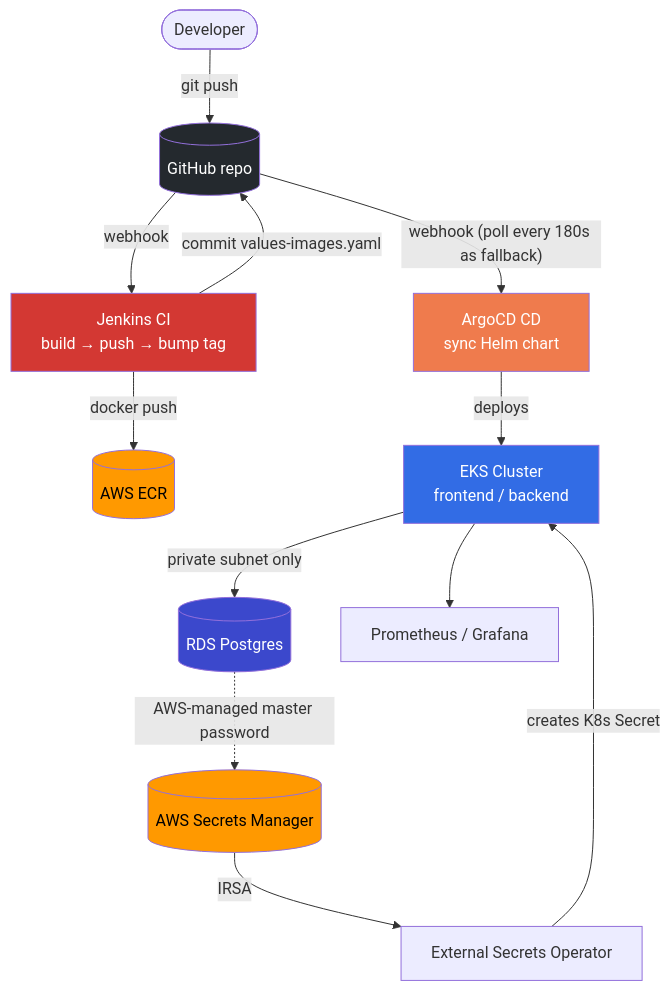
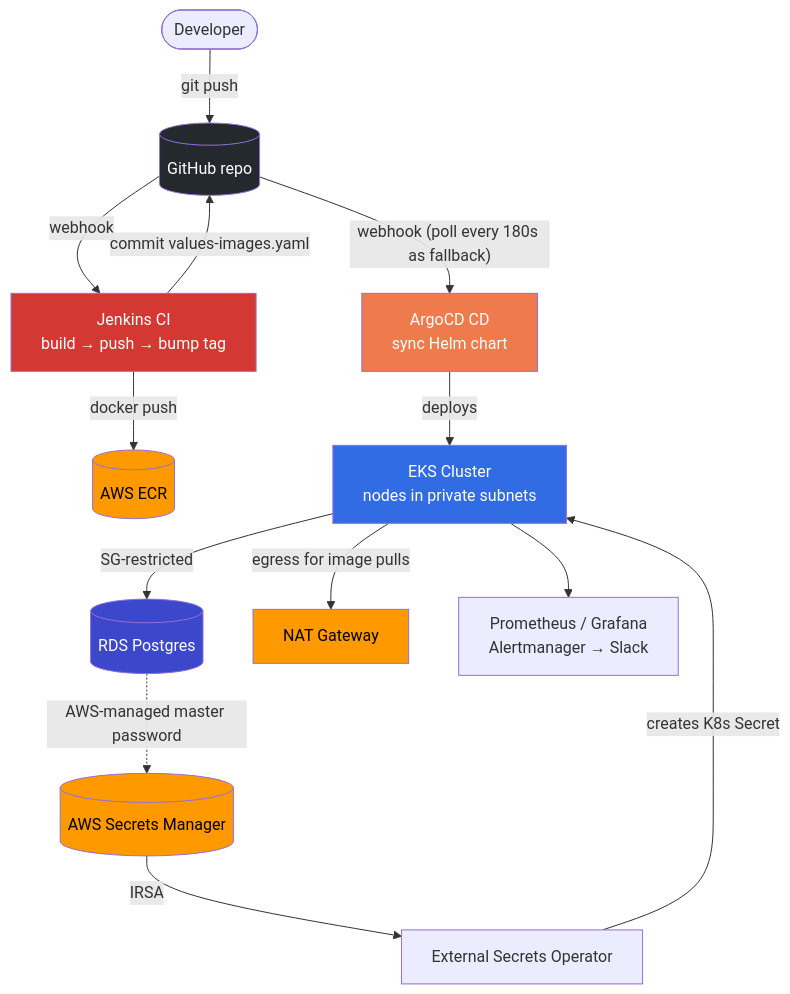
One commit to Ben-Sh7/aws-eks-cicd-pipeline changed the first of 2 diagrams in HLD.md. Above: the diagram before and after it, drawn with Mermaid. The commit also changed other lines of this file and 10 other files, not shown here.

First line of the commit message:
Move worker nodes to private subnets; route Alertmanager to Slack

````diff
--- a/HLD.md
+++ b/HLD.md
@@ -5,22 +5,24 @@
 ```mermaid
 flowchart TD
     Dev([Developer]) -->|git push| GH[(GitHub repo)]
     GH -->|webhook| JK["Jenkins CI<br/>build → push → bump tag"]
     JK -->|docker push| ECR[(AWS ECR)]
     JK -->|commit values-images.yaml| GH
     GH -->|"webhook (poll every 180s as fallback)"| ARGO["ArgoCD CD<br/>sync Helm chart"]
-    ARGO -->|deploys| EKS["EKS Cluster<br/>frontend / backend"]
-    EKS -->|private subnet only| RDS[(RDS Postgres)]
+    ARGO -->|deploys| EKS["EKS Cluster<br/>nodes in private subnets"]
+    EKS -->|SG-restricted| RDS[(RDS Postgres)]
+    EKS -->|egress for image pulls| NAT[NAT Gateway]
     ASM[(AWS Secrets Manager)] -->|IRSA| ESO[External Secrets Operator]
     ESO -->|creates K8s Secret| EKS
     RDS -.->|AWS-managed master password| ASM
-    EKS --> MON[Prometheus / Grafana]
+    EKS --> MON["Prometheus / Grafana<br/>Alertmanager → Slack"]
 
     style GH fill:#24292e,color:#fff
     style ECR fill:#ff9900,color:#000
     style ASM fill:#ff9900,color:#000
     style RDS fill:#3b48cc,color:#fff
     style EKS fill:#326ce5,color:#fff
     style ARGO fill:#ef7b4d,color:#fff
     style JK fill:#d33833,color:#fff
+    style NAT fill:#ff9900,color:#000
 ```
````
